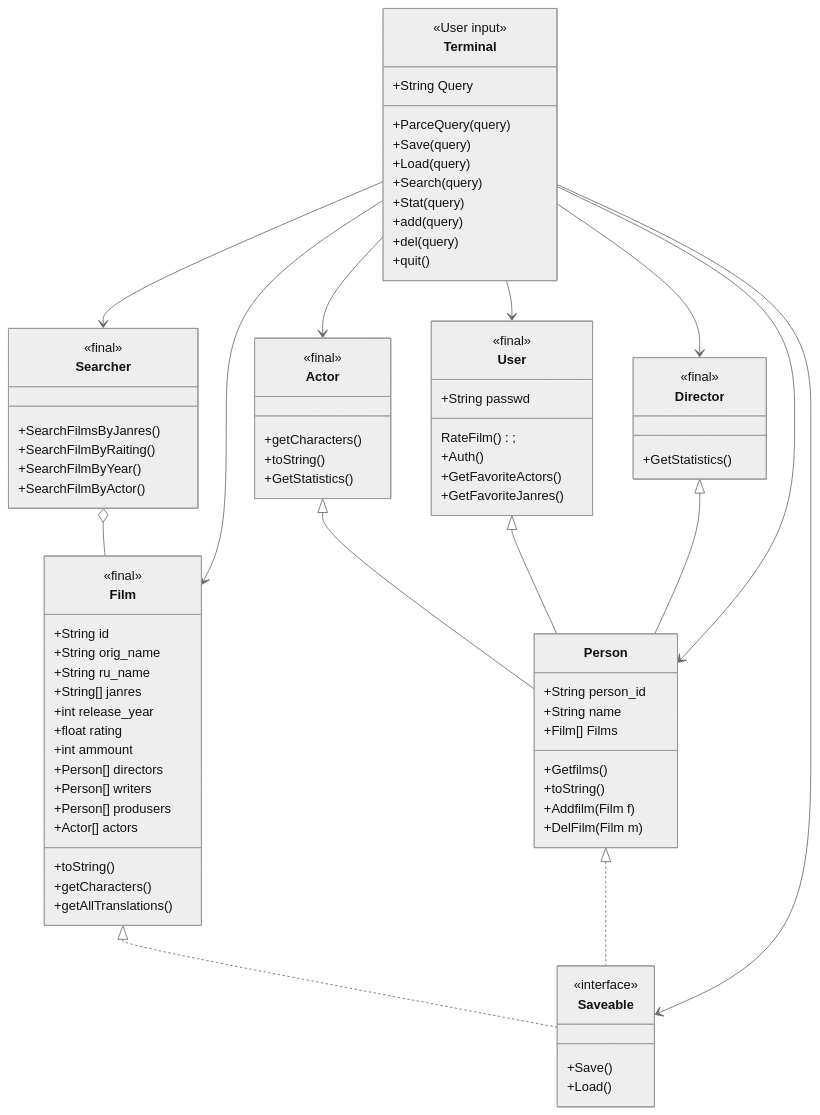
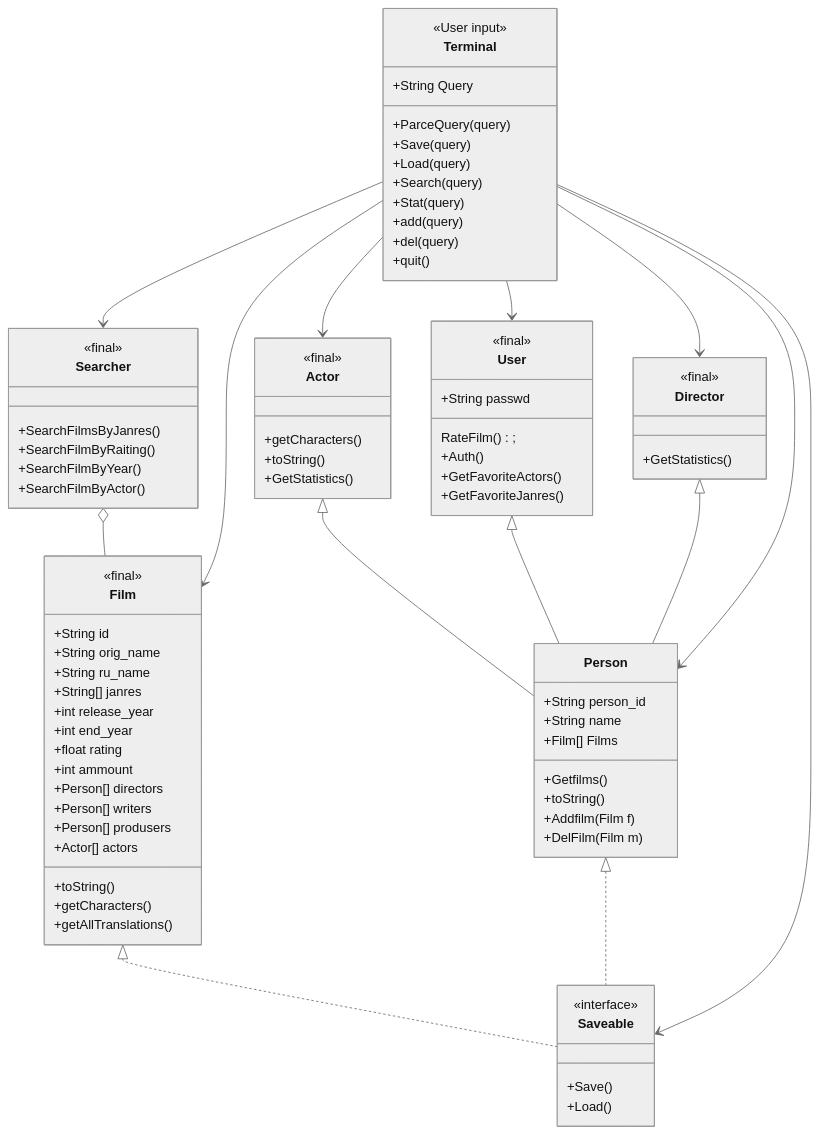
The diagram in Java_OOP/Monastyrskiy/Java_project/docs/structure.md (mmonastyrskiy/Programming_3_sem), drawn with Mermaid (neutral theme) before and after one commit.

```diff
--- a/Java_OOP/Monastyrskiy/Java_project/docs/structure.md
+++ b/Java_OOP/Monastyrskiy/Java_project/docs/structure.md
@@ -34,6 +34,7 @@
     	+String ru_name
     	+String[] janres
     	+int release_year
+        +int end_year
     	+float rating
     	+int ammount
     	+Person[] directors
```
